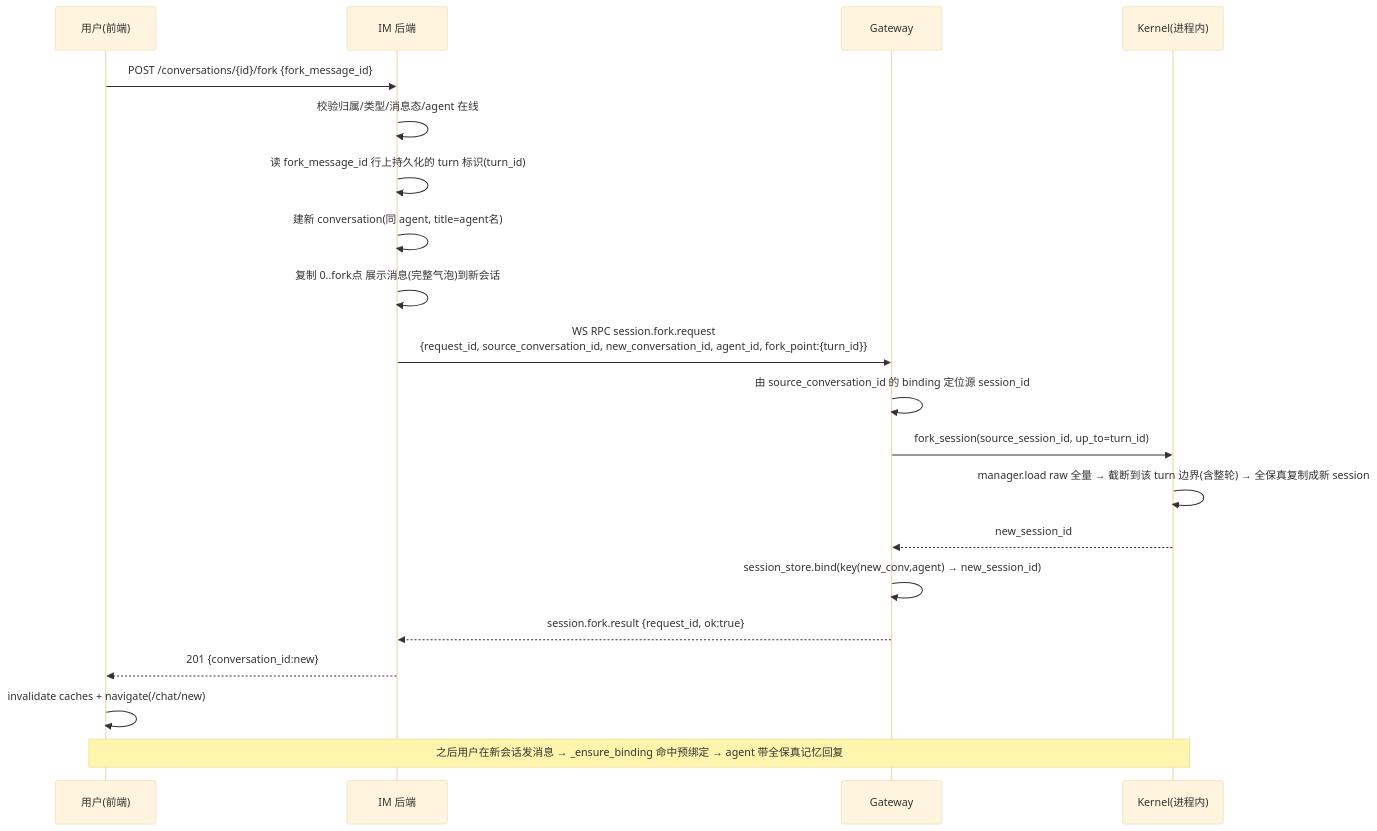
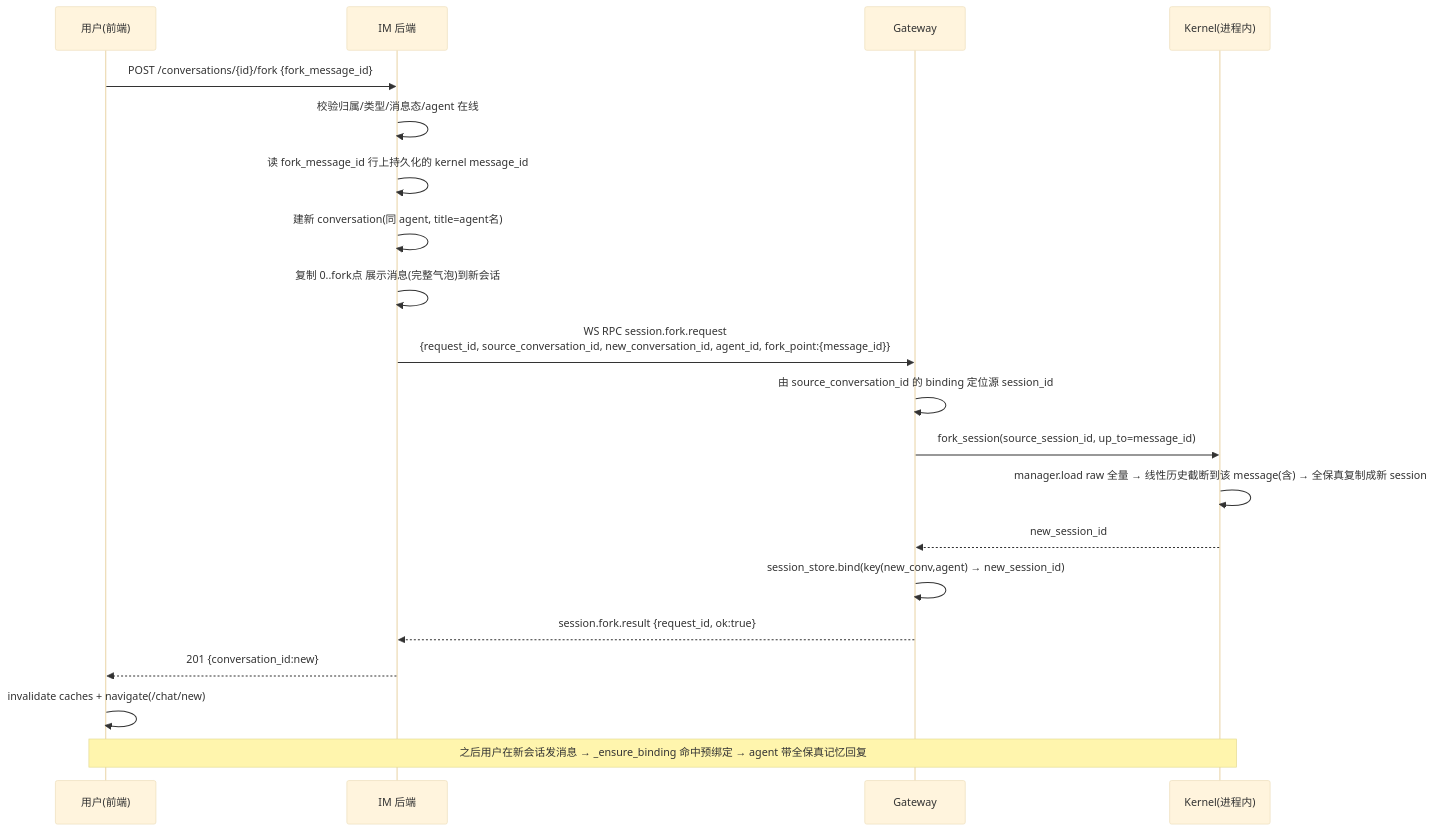
Before and after one commit to Mrchen116/nano-multiagent: the second of 2 diagrams in docs/changes/feat-445-message-fork-branch/design.md, drawn with Mermaid (base theme). The commit also changed other lines of this file and 2 other files, not shown here.

First line of the commit message:
docs(feat-445): fork 点对齐粒度收紧到逐气泡 message_id（支持一 run 多气泡）

````diff
--- a/docs/changes/feat-445-message-fork-branch/design.md
+++ b/docs/changes/feat-445-message-fork-branch/design.md
@@ -173,23 +171,23 @@
 ```mermaid
 sequenceDiagram
   participant U as 用户(前端)
   participant IM as IM 后端
   participant GW as Gateway
   participant K as Kernel(进程内)
 
   U->>IM: POST /conversations/{id}/fork {fork_message_id}
   IM->>IM: 校验归属/类型/消息态/agent 在线
-  IM->>IM: 读 fork_message_id 行上持久化的 turn 标识(turn_id)
+  IM->>IM: 读 fork_message_id 行上持久化的 kernel message_id
   IM->>IM: 建新 conversation(同 agent, title=agent名)
   IM->>IM: 复制 0..fork点 展示消息(完整气泡)到新会话
-  IM->>GW: WS RPC session.fork.request<br/>{request_id, source_conversation_id, new_conversation_id, agent_id, fork_point:{turn_id}}
+  IM->>GW: WS RPC session.fork.request<br/>{request_id, source_conversation_id, new_conversation_id, agent_id, fork_point:{message_id}}
   GW->>GW: 由 source_conversation_id 的 binding 定位源 session_id
-  GW->>K: fork_session(source_session_id, up_to=turn_id)
-  K->>K: manager.load raw 全量 → 截断到该 turn 边界(含整轮) → 全保真复制成新 session
+  GW->>K: fork_session(source_session_id, up_to=message_id)
+  K->>K: manager.load raw 全量 → 线性历史截断到该 message(含) → 全保真复制成新 session
   K-->>GW: new_session_id
   GW->>GW: session_store.bind(key(new_conv,agent) → new_session_id)
   GW-->>IM: session.fork.result {request_id, ok:true}
   IM-->>U: 201 {conversation_id:new}
   U->>U: invalidate caches + navigate(/chat/new)
   Note over U,K: 之后用户在新会话发消息 → _ensure_binding 命中预绑定 → agent 带全保真记忆回复
 ```
````
